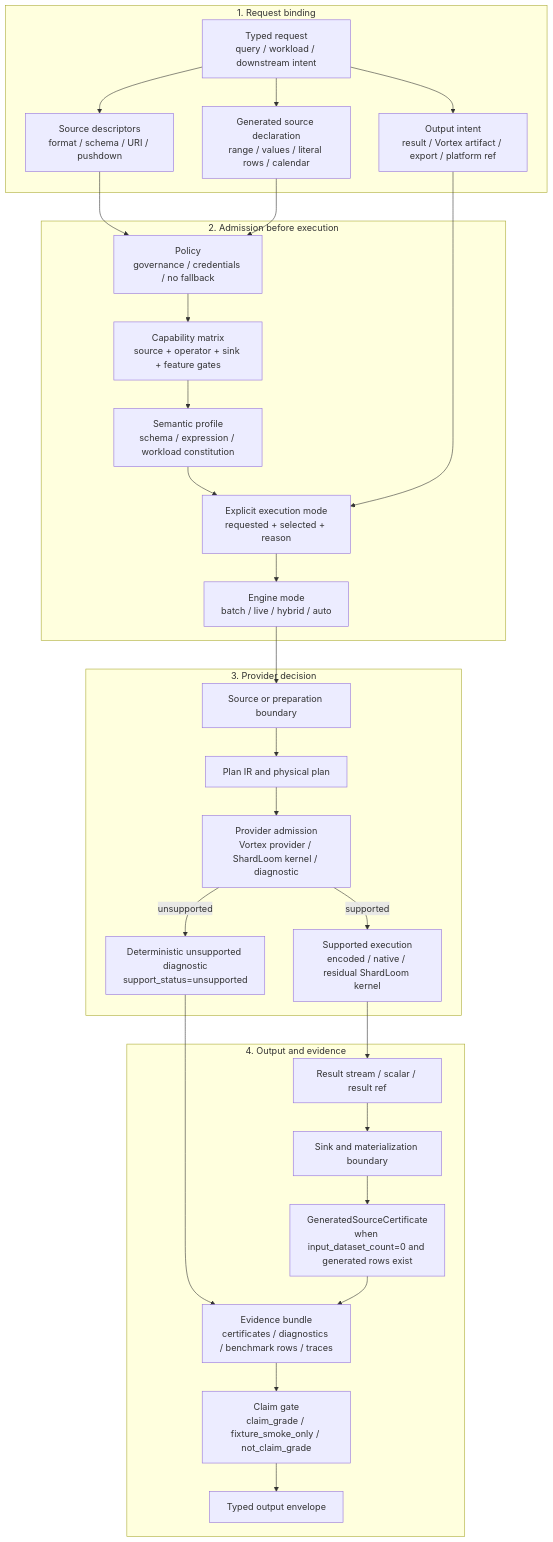
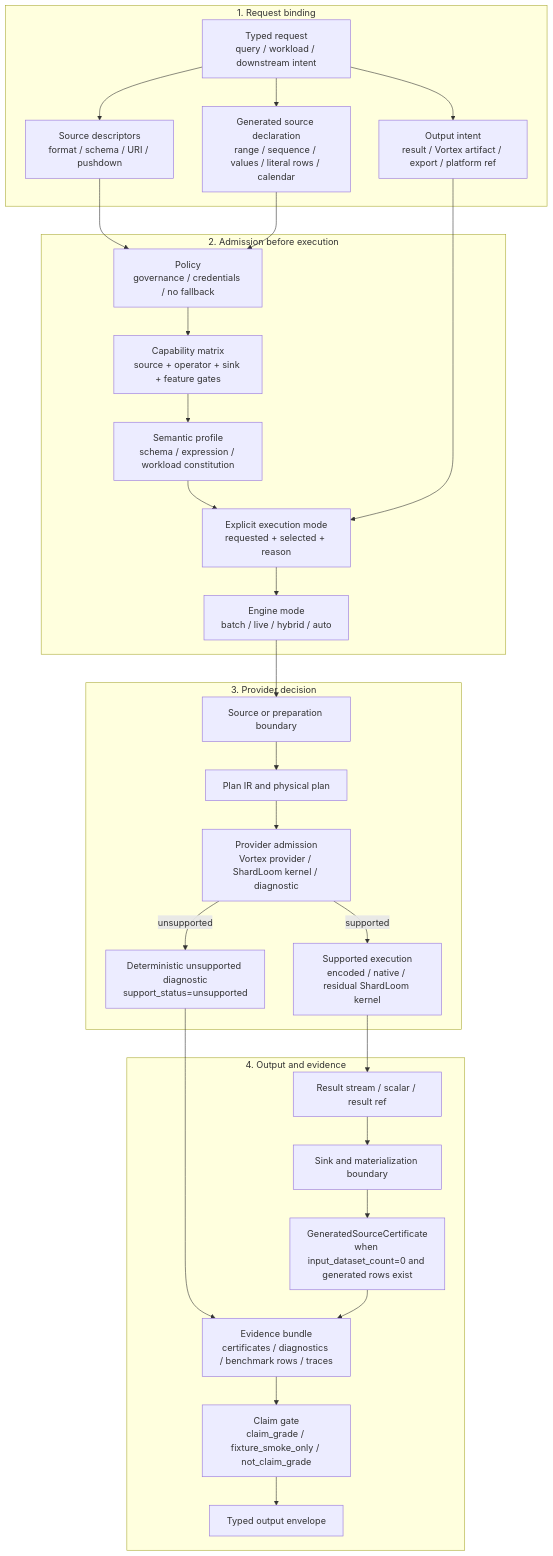
The third of 8 diagrams in website/assets/data/compute-engine-flow-reference.md (depsilon/shardloom), drawn with Mermaid before and after one commit. The commit also changed other lines of this file and 35 other files, not shown here.

First line of the commit message:
Add scoped generated sequence runtime (#788)

````diff
--- a/website/assets/data/compute-engine-flow-reference.md
+++ b/website/assets/data/compute-engine-flow-reference.md
@@ -258,45 +258,45 @@
 ```mermaid
 flowchart TD
     subgraph REQUEST_PHASE["1. Request binding"]
         REQUEST["Typed request<br/>query / workload / downstream intent"]
         SOURCE["Source descriptors<br/>format / schema / URI / pushdown"]
-        GENERATED_SOURCE["Generated source declaration<br/>range / values / literal rows / calendar"]
+        GENERATED_SOURCE["Generated source declaration<br/>range / sequence / values / literal rows / calendar"]
         OUTPUT_INTENT["Output intent<br/>result / Vortex artifact / export / platform ref"]
     end
 
     subgraph ADMISSION_PHASE["2. Admission before execution"]
         POLICY["Policy<br/>governance / credentials / no fallback"]
         CAPABILITY["Capability matrix<br/>source + operator + sink + feature gates"]
         SEMANTICS["Semantic profile<br/>schema / expression / workload constitution"]
         MODE["Explicit execution mode<br/>requested + selected + reason"]
         ENGINE["Engine mode<br/>batch / live / hybrid / auto"]
     end
 
     subgraph EXECUTION_PHASE["3. Provider decision"]
         BOUNDARY["Source or preparation boundary"]
         PLAN["Plan IR and physical plan"]
         ADMISSION["Provider admission<br/>Vortex provider / ShardLoom kernel / diagnostic"]
         DIAGNOSTIC["Deterministic unsupported diagnostic<br/>support_status=unsupported"]
         EXECUTE["Supported execution<br/>encoded / native / residual ShardLoom kernel"]
     end
 
     subgraph OUTPUT_PHASE["4. Output and evidence"]
         RESULT["Result stream / scalar / result ref"]
         SINK["Sink and materialization boundary"]
         GENERATED_CERT["GeneratedSourceCertificate<br/>when input_dataset_count=0 and generated rows exist"]
         EVIDENCE["Evidence bundle<br/>certificates / diagnostics / benchmark rows / traces"]
         CLAIM["Claim gate<br/>claim_grade / fixture_smoke_only / not_claim_grade"]
         ENVELOPE["Typed output envelope"]
     end
 
     REQUEST --> SOURCE
     REQUEST --> GENERATED_SOURCE
     REQUEST --> OUTPUT_INTENT
     SOURCE --> POLICY --> CAPABILITY --> SEMANTICS --> MODE --> ENGINE
     GENERATED_SOURCE --> POLICY
     OUTPUT_INTENT --> MODE
     ENGINE --> BOUNDARY --> PLAN --> ADMISSION
     ADMISSION -->|"unsupported"| DIAGNOSTIC --> EVIDENCE
     ADMISSION -->|"supported"| EXECUTE --> RESULT --> SINK --> GENERATED_CERT --> EVIDENCE
     EVIDENCE --> CLAIM --> ENVELOPE
 ```
````
